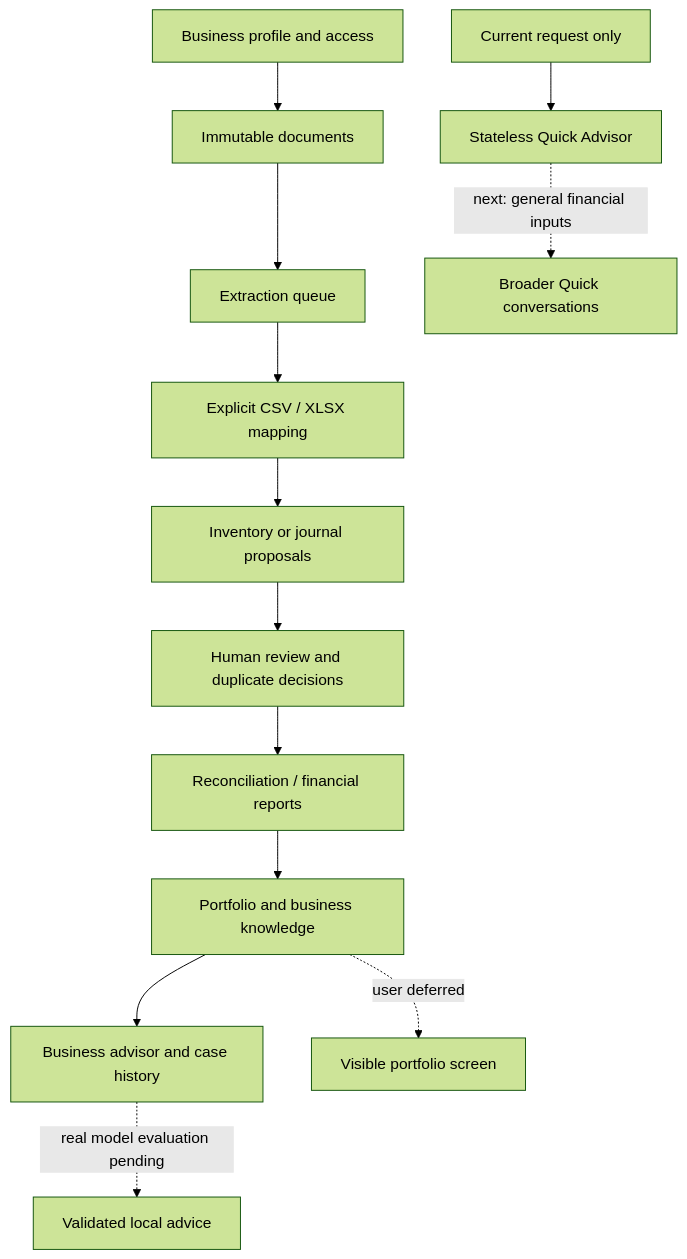
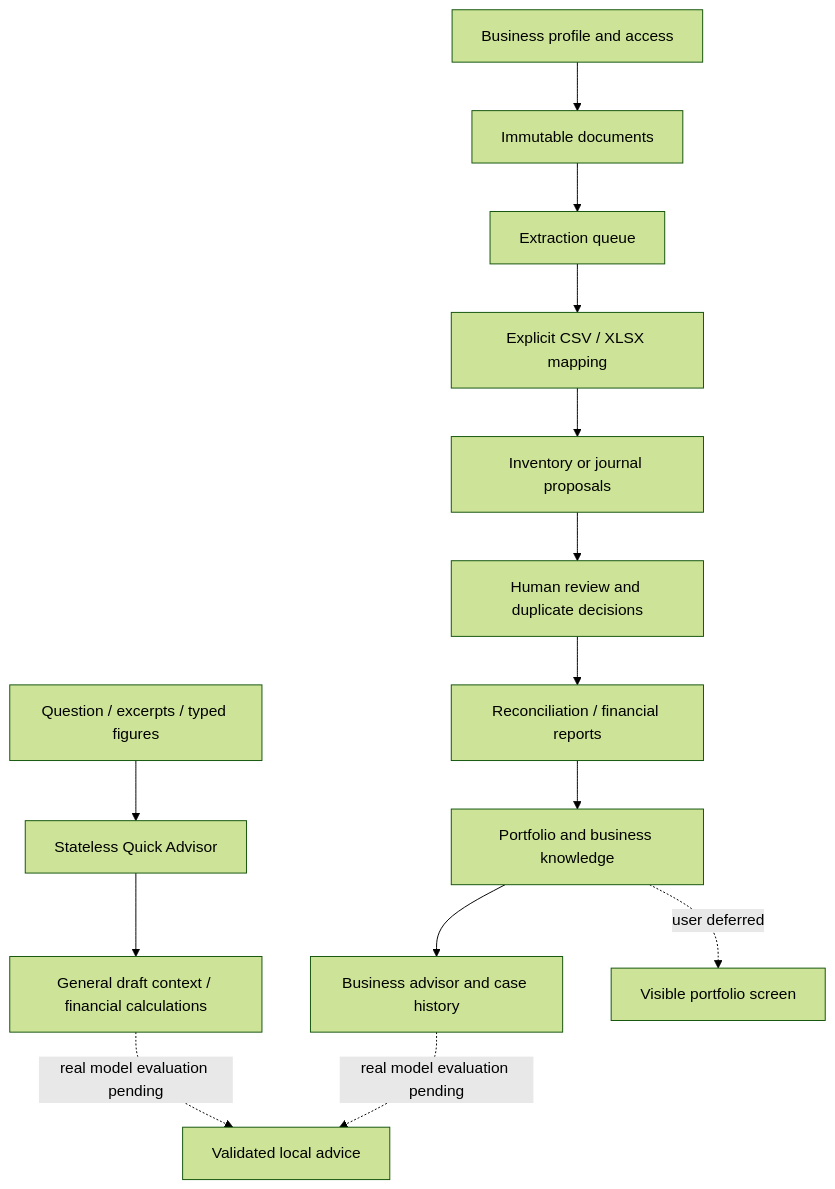
One commit to alisunkazemi21-cloud/Herman-SME-Financial-Advisor-Perisan changed the diagram in research/PROGRESS.md. Above: the diagram before and after it, drawn with Mermaid (forest theme). The commit also changed other lines of this file and 19 other files, not shown here.

Commit message:
Expand stateless Quick Advisor to financial questions and sourced metrics

````diff
--- a/research/PROGRESS.md
+++ b/research/PROGRESS.md
@@ -11,15 +11,16 @@
 ```mermaid
 flowchart TD
     A[Business profile and access] --> B[Immutable documents]
     B --> C[Extraction queue]
     C --> D[Explicit CSV / XLSX mapping]
     D --> E[Inventory or journal proposals]
     E --> F[Human review and duplicate decisions]
     F --> G[Reconciliation / financial reports]
     G --> H[Portfolio and business knowledge]
     H --> I[Business advisor and case history]
-    J[Current request only] --> K[Stateless Quick Advisor]
-    K -. next: general financial inputs .-> L[Broader Quick conversations]
+    J[Question / excerpts / typed figures] --> K[Stateless Quick Advisor]
+    K --> L[General draft context / financial calculations]
+    L -. real model evaluation pending .-> N[Validated local advice]
     H -. user deferred .-> M[Visible portfolio screen]
     I -. real model evaluation pending .-> N[Validated local advice]
 ```
````
